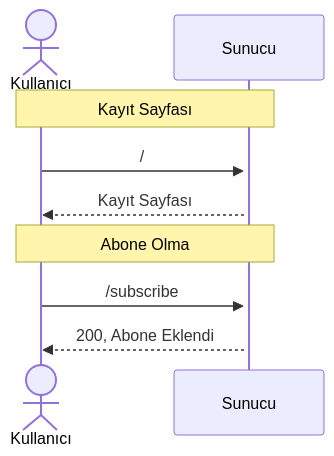
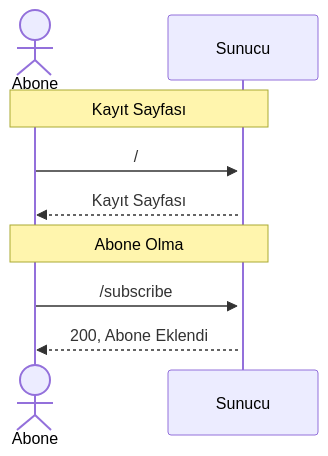
Before and after one commit to yussufbiyik/lego-store-stock-checker: the second of 2 diagrams in turkish-readme.md, drawn with Mermaid. The commit also changed other lines of this file and 4 other files, not shown here.

````diff
--- a/turkish-readme.md
+++ b/turkish-readme.md
@@ -37,10 +37,10 @@
 ```mermaid
 sequenceDiagram
-    actor Kullanıcı
-    Note over Kullanıcı,Sunucu: Kayıt Sayfası
-    Kullanıcı->>+Sunucu: /
-    Sunucu-->>Kullanıcı: Kayıt Sayfası
-    Note over Kullanıcı,Sunucu: Abone Olma
-    Kullanıcı->>+Sunucu: /subscribe
-    Sunucu-->>Kullanıcı: 200, Abone Eklendi
+    actor Abone
+    Note over Abone,Sunucu: Kayıt Sayfası
+    Abone->>+Sunucu: /
+    Sunucu-->>Abone: Kayıt Sayfası
+    Note over Abone,Sunucu: Abone Olma
+    Abone->>+Sunucu: /subscribe
+    Sunucu-->>Abone: 200, Abone Eklendi
 ```
````
